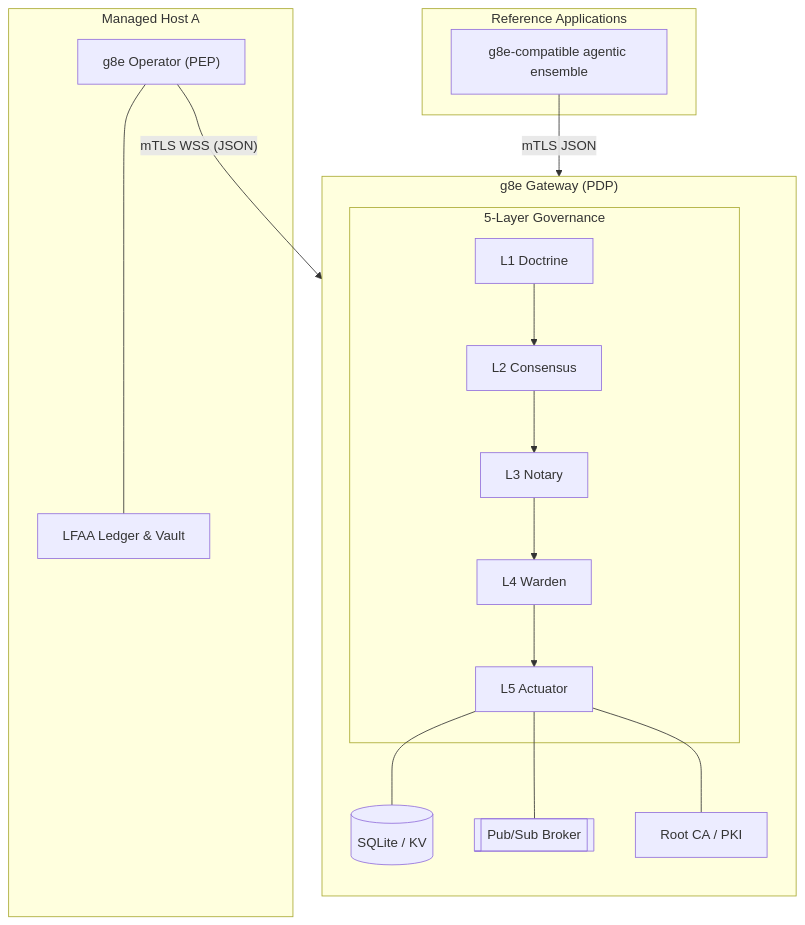
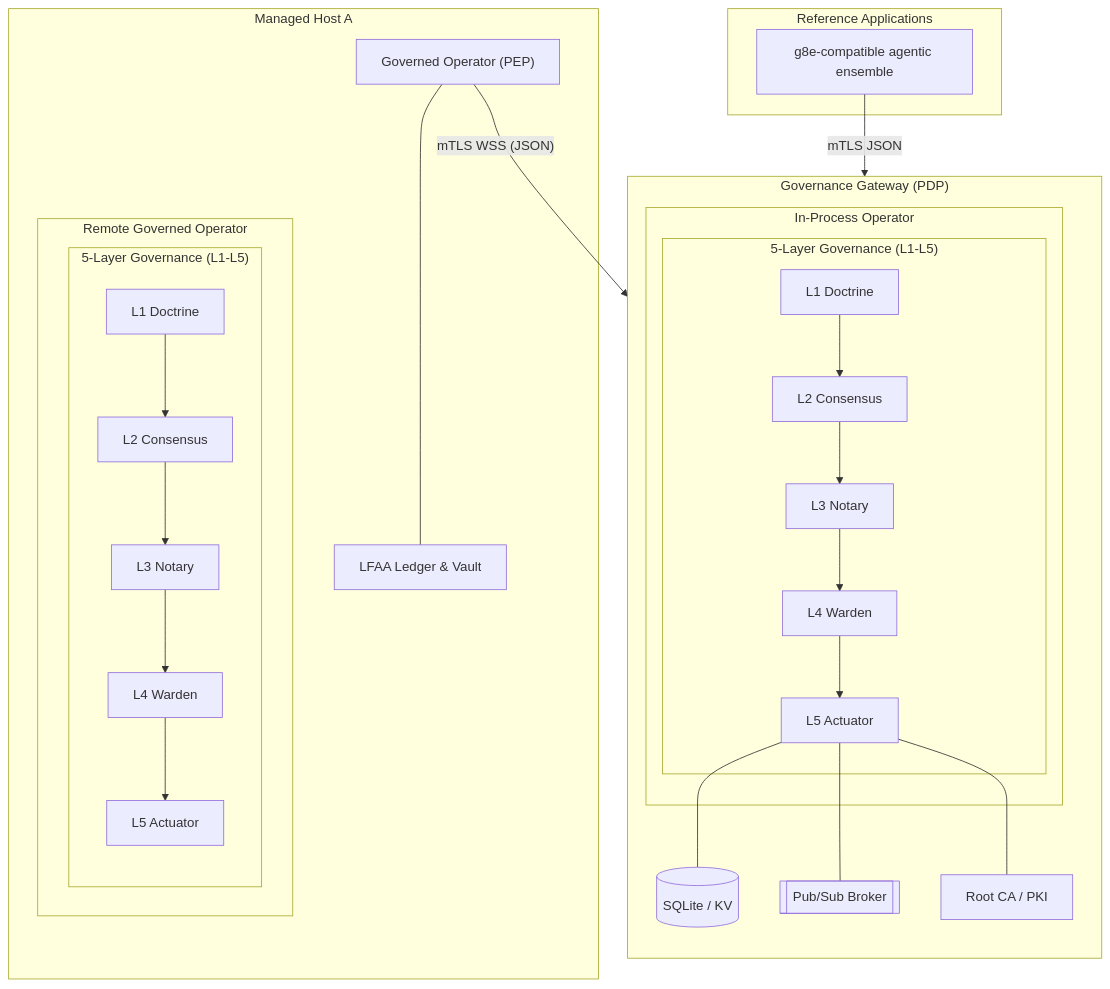
Before and after one commit to g8e-ai/g8e: the diagram in docs/architecture/gateway.md, drawn with Mermaid. The commit also changed other lines of this file and 131 other files, not shown here.

````diff
--- a/docs/architecture/gateway.md
+++ b/docs/architecture/gateway.md
@@ -42,34 +42,47 @@
 ```mermaid
 flowchart TD
-    subgraph Hub ["g8e Gateway (PDP)"]
+    subgraph Hub ["Governance Gateway (PDP)"]
         direction TB
-        subgraph Layers ["5-Layer Governance"]
-            L1["L1 Doctrine"]
-            L2["L2 Consensus"]
-            L3["L3 Notary"]
-            L4["L4 Warden"]
-            L5["L5 Actuator"]
-            
-            L1 --> L2 --> L3 --> L4 --> L5
+        subgraph GW_Op ["In-Process Operator"]
+            subgraph Layers ["5-Layer Governance (L1-L5)"]
+                L1["L1 Doctrine"]
+                L2["L2 Consensus"]
+                L3["L3 Notary"]
+                L4["L4 Warden"]
+                L5["L5 Actuator"]
+                
+                L1 --> L2 --> L3 --> L4 --> L5
+            end
         end
         db[("SQLite / KV")]
         ps[["Pub/Sub Broker"]]
         ca["Root CA / PKI"]
         
         L5 --- db
         L5 --- ps
         L5 --- ca
     end
 
     subgraph Apps ["Reference Applications"]
         ensemble["g8e-compatible agentic ensemble"]
     end
 
     ensemble -- "mTLS JSON" --> L1
 
     subgraph Host_A ["Managed Host A"]
-        g8eoA["g8e Operator (PEP)"] --- LFAA_A["LFAA Ledger & Vault"]
+        subgraph Remote_Op ["Remote Governed Operator"]
+            subgraph Remote_Layers ["5-Layer Governance (L1-L5)"]
+                RL1["L1 Doctrine"]
+                RL2["L2 Consensus"]
+                RL3["L3 Notary"]
+                RL4["L4 Warden"]
+                RL5["L5 Actuator"]
+                
+                RL1 --> RL2 --> RL3 --> RL4 --> RL5
+            end
+        end
+        g8eoA["Governed Operator (PEP)"] --- LFAA_A["LFAA Ledger & Vault"]
     end
 
     g8eoA -- "mTLS WSS (JSON)" --> ps
 ```
````
